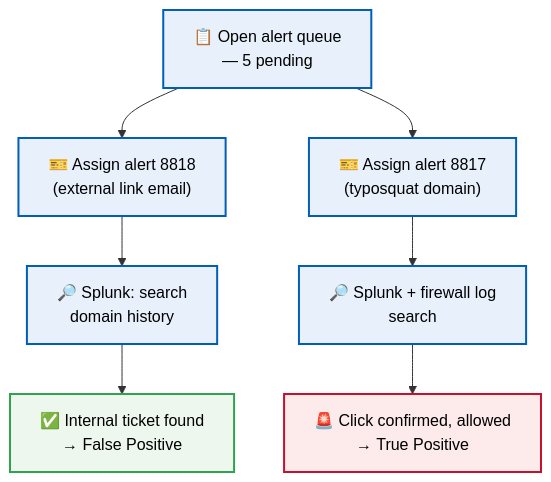
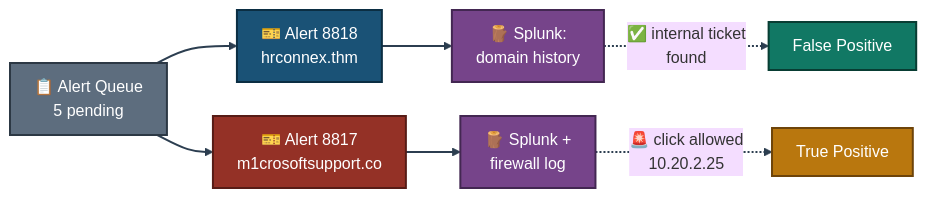
Before and after one commit to malaika-azhar/Cybersecurity-Lab-Projects: the first of 3 diagrams in 1-Foundational-Projects/project-06-siem-alert-triage/README.md, drawn with Mermaid. The commit also changed other lines of this file, not shown here.

````diff
--- a/1-Foundational-Projects/project-06-siem-alert-triage/README.md
+++ b/1-Foundational-Projects/project-06-siem-alert-triage/README.md
@@ -99,16 +106,17 @@
 ```mermaid
-flowchart TD
-    A["📋 Open alert queue<br/>— 5 pending"] --> B["🎫 Assign alert 8818<br/>(external link email)"]
-    B --> C["🔎 Splunk: search<br/>domain history"]
-    C --> D["✅ Internal ticket found<br/>→ False Positive"]
-    A --> E["🎫 Assign alert 8817<br/>(typosquat domain)"]
-    E --> F["🔎 Splunk + firewall log<br/>search"]
-    F --> G["🚨 Click confirmed, allowed<br/>→ True Positive"]
-
-    classDef work fill:#e8f1fb,stroke:#005EB8,stroke-width:2px,color:#000
-    classDef done fill:#eef7ee,stroke:#2ea44f,stroke-width:2px,color:#000
-    classDef alert fill:#fdeaea,stroke:#C8102E,stroke-width:2px,color:#000
-    class A,B,C,E,F work
-    class D done
-    class G alert
+%%{init: {'theme': 'base', 'themeVariables': {'fontSize': '16px'}, 'flowchart': {'nodeSpacing': 34, 'rankSpacing': 46, 'padding': 12}}}%%
+flowchart LR
+    Q["📋 Alert Queue<br/>5 pending"]:::queue --> A1["🎫 Alert 8818<br/>hrconnex.thm"]:::a1
+    Q --> A2["🎫 Alert 8817<br/>m1crosoftsupport.co"]:::a2
+    A1 --> SPLUNK1["🪵 Splunk:<br/>domain history"]:::splunk
+    A2 --> SPLUNK2["🪵 Splunk +<br/>firewall log"]:::splunk
+    SPLUNK1 -.->|"✅ internal ticket<br/>found"| FP["False Positive"]:::fp
+    SPLUNK2 -.->|"🚨 click allowed<br/>10.20.2.25"| TP["True Positive"]:::tp
+    classDef queue fill:#5D6D7E,stroke:#2C3844,stroke-width:2px,color:#FFFFFF
+    classDef a1 fill:#1A5276,stroke:#0B2E43,stroke-width:2px,color:#FFFFFF
+    classDef a2 fill:#943126,stroke:#571C16,stroke-width:2px,color:#FFFFFF
+    classDef splunk fill:#76448A,stroke:#432752,stroke-width:2px,color:#FFFFFF
+    classDef fp fill:#117864,stroke:#083D33,stroke-width:2px,color:#FFFFFF
+    classDef tp fill:#B9770E,stroke:#6E4409,stroke-width:2px,color:#FFFFFF
+    linkStyle default stroke:#2C3E50,stroke-width:2px
 ```
````
